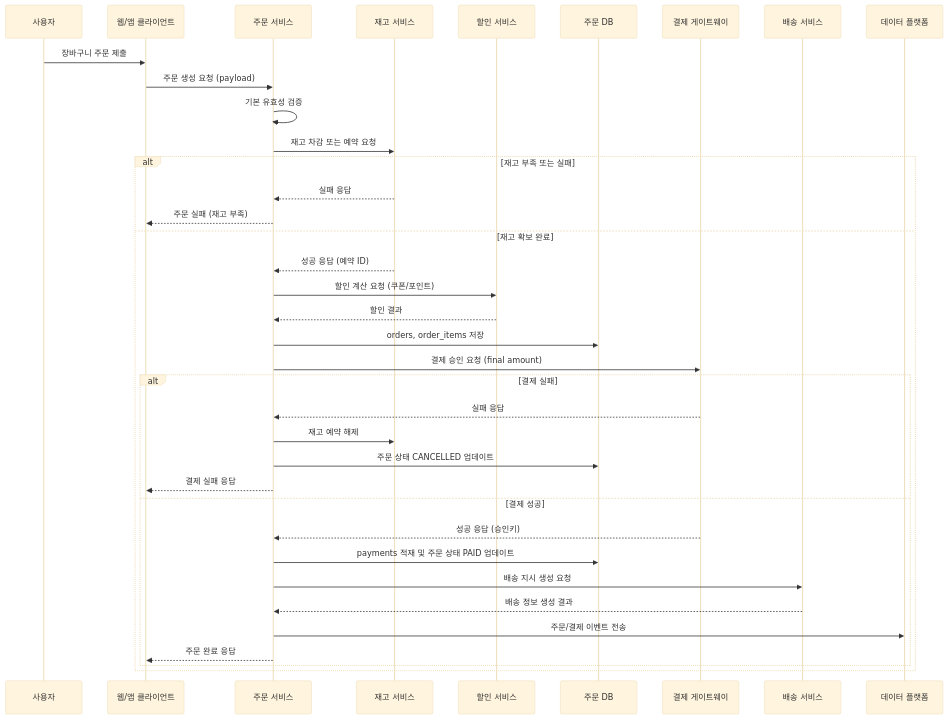
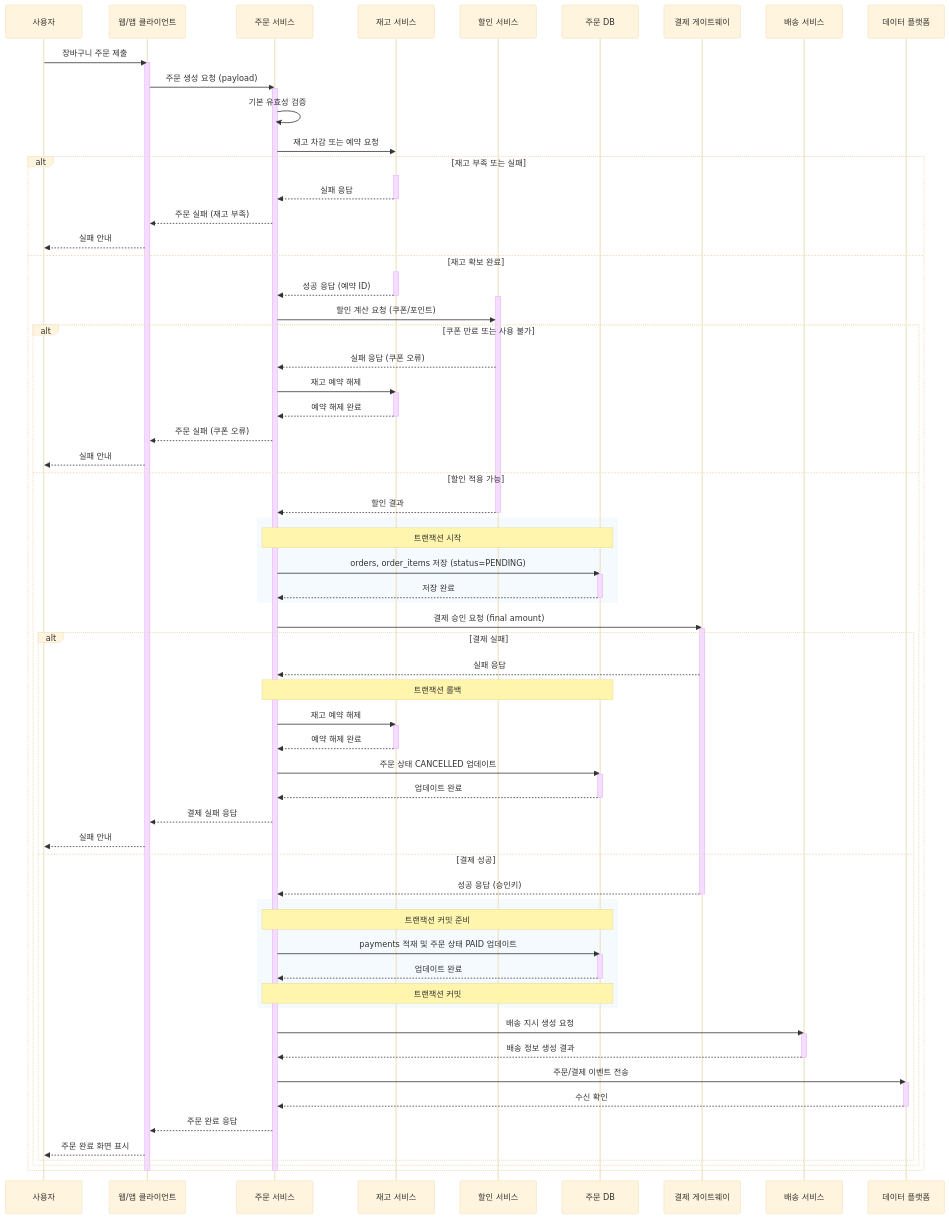
The diagram in joopang/specs/order/sequence-diagram.mmd (titaniper/hp), drawn with Mermaid (base theme) before and after one commit. The commit also changed 4 other files, not shown here.

Commit message:
refactor: error code enum 으로 수정 및 다이어그램 수정

```diff
--- a/joopang/specs/order/sequence-diagram.mmd
+++ b/joopang/specs/order/sequence-diagram.mmd
@@ -1,38 +1,88 @@
 sequenceDiagram
     participant U as 사용자
     participant FE as 웹/앱 클라이언트
     participant OS as 주문 서비스
     participant IS as 재고 서비스
     participant DS as 할인 서비스
     participant DB as 주문 DB
     participant PG as 결제 게이트웨이
     participant DV as 배송 서비스
     participant DP as 데이터 플랫폼
 
     U->>FE: 장바구니 주문 제출
+    activate FE
     FE->>OS: 주문 생성 요청 (payload)
+    activate OS
     OS->>OS: 기본 유효성 검증
     OS->>IS: 재고 차감 또는 예약 요청
     alt 재고 부족 또는 실패
+        activate IS
         IS-->>OS: 실패 응답
+        deactivate IS
         OS-->>FE: 주문 실패 (재고 부족)
+        FE-->>U: 실패 안내
     else 재고 확보 완료
+        activate IS
         IS-->>OS: 성공 응답 (예약 ID)
+        deactivate IS
+        activate DS
         OS->>DS: 할인 계산 요청 (쿠폰/포인트)
-        DS-->>OS: 할인 결과
-        OS->>DB: orders, order_items 저장
-        OS->>PG: 결제 승인 요청 (final amount)
-        alt 결제 실패
-            PG-->>OS: 실패 응답
+        alt 쿠폰 만료 또는 사용 불가
+            DS-->>OS: 실패 응답 (쿠폰 오류)
             OS->>IS: 재고 예약 해제
-            OS->>DB: 주문 상태 CANCELLED 업데이트
-            OS-->>FE: 결제 실패 응답
-        else 결제 성공
-            PG-->>OS: 성공 응답 (승인키)
-            OS->>DB: payments 적재 및 주문 상태 PAID 업데이트
-            OS->>DV: 배송 지시 생성 요청
-            DV-->>OS: 배송 정보 생성 결과
-            OS->>DP: 주문/결제 이벤트 전송
-            OS-->>FE: 주문 완료 응답
+            activate IS
+            IS-->>OS: 예약 해제 완료
+            deactivate IS
+            OS-->>FE: 주문 실패 (쿠폰 오류)
+            FE-->>U: 실패 안내
+        else 할인 적용 가능
+            DS-->>OS: 할인 결과
+            deactivate DS
+            rect rgba(215, 235, 255, 0.25)
+                Note over OS,DB: 트랜잭션 시작
+                OS->>DB: orders, order_items 저장 (status=PENDING)
+                activate DB
+                DB-->>OS: 저장 완료
+                deactivate DB
+            end
+            OS->>PG: 결제 승인 요청 (final amount)
+            activate PG
+            alt 결제 실패
+                PG-->>OS: 실패 응답
+                Note over OS,DB: 트랜잭션 롤백
+                OS->>IS: 재고 예약 해제
+                activate IS
+                IS-->>OS: 예약 해제 완료
+                deactivate IS
+                OS->>DB: 주문 상태 CANCELLED 업데이트
+                activate DB
+                DB-->>OS: 업데이트 완료
+                deactivate DB
+                OS-->>FE: 결제 실패 응답
+                FE-->>U: 실패 안내
+            else 결제 성공
+                PG-->>OS: 성공 응답 (승인키)
+                deactivate PG
+                rect rgba(215, 235, 255, 0.25)
+                    Note over OS,DB: 트랜잭션 커밋 준비
+                    OS->>DB: payments 적재 및 주문 상태 PAID 업데이트
+                    activate DB
+                    DB-->>OS: 업데이트 완료
+                    deactivate DB
+                    Note over OS,DB: 트랜잭션 커밋
+                end
+                OS->>DV: 배송 지시 생성 요청
+                activate DV
+                DV-->>OS: 배송 정보 생성 결과
+                deactivate DV
+                OS->>DP: 주문/결제 이벤트 전송
+                activate DP
+                DP-->>OS: 수신 확인
+                deactivate DP
+                OS-->>FE: 주문 완료 응답
+                FE-->>U: 주문 완료 화면 표시
+            end
         end
     end
+    deactivate FE
+    deactivate OS
```
